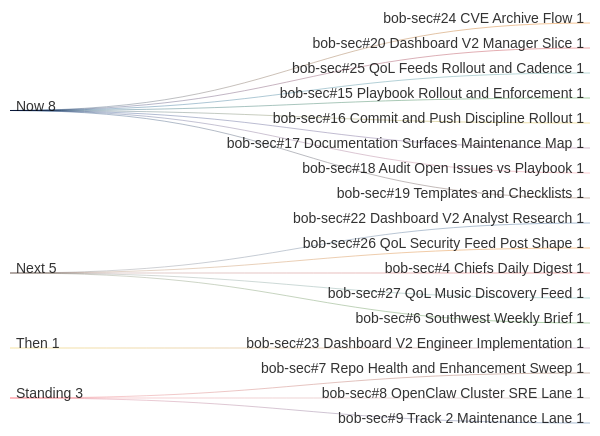
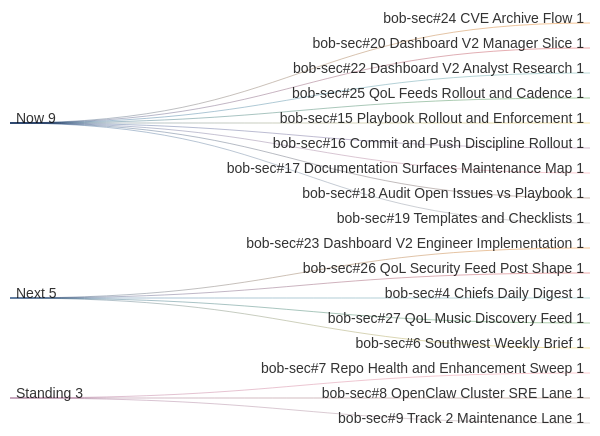
Before and after one commit to stevologic/bob-sec: the diagram in research/operations/current-work-gantt.md, drawn with Mermaid. The commit also changed other lines of this file, not shown here.

Commit message:
Prioritize dashboard v2 analyst lane

````diff
--- a/research/operations/current-work-gantt.md
+++ b/research/operations/current-work-gantt.md
@@ -5,20 +5,20 @@
 ```mermaid
 sankey-beta
 Now,bob-sec#24 CVE Archive Flow,1
 Now,bob-sec#20 Dashboard V2 Manager Slice,1
+Now,bob-sec#22 Dashboard V2 Analyst Research,1
 Now,bob-sec#25 QoL Feeds Rollout and Cadence,1
 Now,bob-sec#15 Playbook Rollout and Enforcement,1
 Now,bob-sec#16 Commit and Push Discipline Rollout,1
 Now,bob-sec#17 Documentation Surfaces Maintenance Map,1
 Now,bob-sec#18 Audit Open Issues vs Playbook,1
 Now,bob-sec#19 Templates and Checklists,1
-Next,bob-sec#22 Dashboard V2 Analyst Research,1
+Next,bob-sec#23 Dashboard V2 Engineer Implementation,1
 Next,bob-sec#26 QoL Security Feed Post Shape,1
 Next,bob-sec#4 Chiefs Daily Digest,1
 Next,bob-sec#27 QoL Music Discovery Feed,1
 Next,bob-sec#6 Southwest Weekly Brief,1
-Then,bob-sec#23 Dashboard V2 Engineer Implementation,1
 Standing,bob-sec#7 Repo Health and Enhancement Sweep,1
 Standing,bob-sec#8 OpenClaw Cluster SRE Lane,1
 Standing,bob-sec#9 Track 2 Maintenance Lane,1
 ```
````
